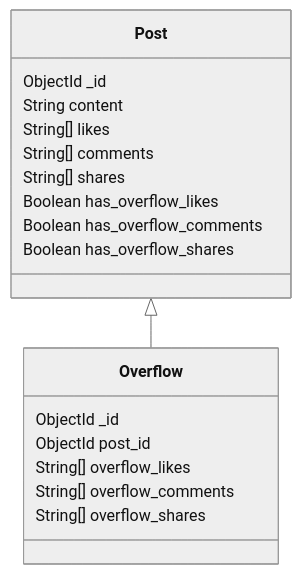
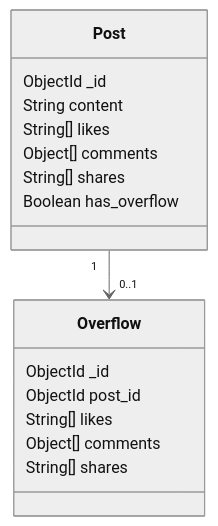
The third of 3 diagrams in _posts/2024-07-25-outlier-pattern.md (kelvin-bz/blog), drawn with Mermaid (neutral theme) before and after one commit. The commit also changed other lines of this file and 4 other files, not shown here.

````diff
--- a/_posts/2024-07-25-outlier-pattern.md
+++ b/_posts/2024-07-25-outlier-pattern.md
@@ -88,21 +88,19 @@
 ```mermaid
 classDiagram 
-    Post <|-- Overflow
+    Post "1" --> "0..1" Overflow
     class Post{
         ObjectId _id
         String content
         String[] likes
-        String[] comments
+        Object[] comments
         String[] shares
-        Boolean has_overflow_likes
-        Boolean has_overflow_comments
-        Boolean has_overflow_shares
+        Boolean has_overflow
     }
     class Overflow{
         ObjectId _id
         ObjectId post_id
-        String[] overflow_likes
-        String[] overflow_comments
-        String[] overflow_shares
+        String[] likes
+        Object[] comments
+        String[] shares
     }
 ```
````
